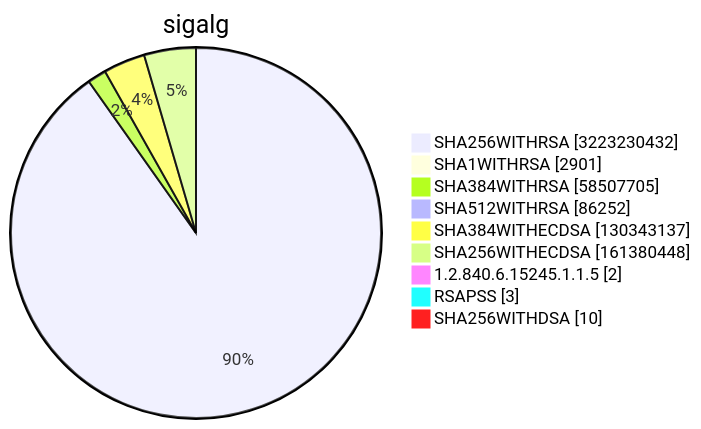
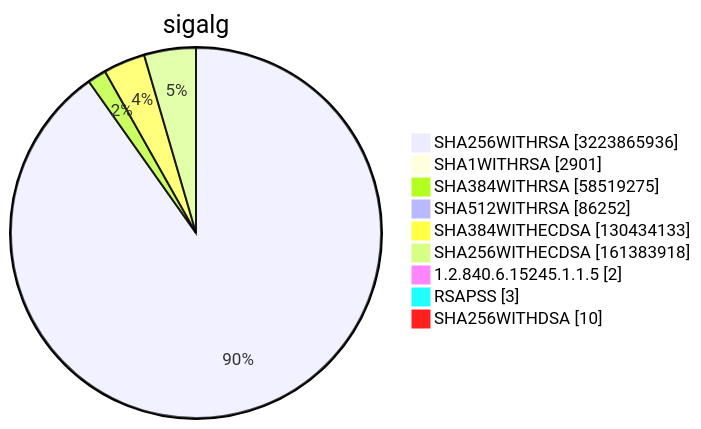
Diagram 15 of 15 in TOTAL/README.md (christiankrug/ctmonitor_visualization), drawn with Mermaid before and after one commit. The commit also changed other lines of this file, not shown here.

````diff
--- a/TOTAL/README.md
+++ b/TOTAL/README.md
@@ -6217,13 +6217,13 @@
 ```mermaid
 pie showData
 title sigalg
-"SHA256WITHRSA" :3223230432
+"SHA256WITHRSA" :3223865936
 "SHA1WITHRSA" :2901
-"SHA384WITHRSA" :58507705
+"SHA384WITHRSA" :58519275
 "SHA512WITHRSA" :86252
-"SHA384WITHECDSA" :130343137
-"SHA256WITHECDSA" :161380448
+"SHA384WITHECDSA" :130434133
+"SHA256WITHECDSA" :161383918
 "1.2.840.6.15245.1.1.5" :2
 "RSAPSS" :3
 "SHA256WITHDSA" :10
 ```
````
